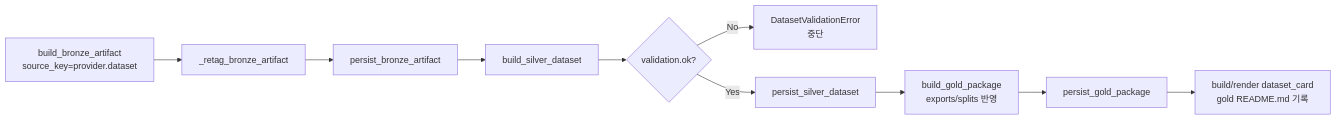
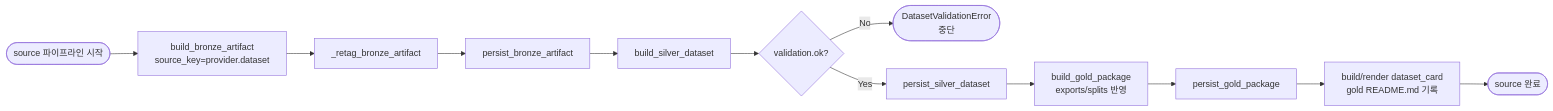
Before and after one commit to yeongseon/kpubdata-builder: the second of 2 diagrams in ALGORITHM.md, drawn with Mermaid. The commit also changed other lines of this file and 2 other files, not shown here.

Commit message:
docs: standardize procedural flowcharts with start/end terminators (#280)
Apply consistent flowchart conventions to the procedural (sequence/branch)
diagrams so they read as proper flowcharts: explicit start/end terminators
(stadium shape) and decision diamonds. Structural diagrams (layer/dependency
maps, file trees, entity relationships) are intentionally left unchanged.

- ALGORITHM.md: mark run_build entry and terminal nodes as terminators;
  add explicit start/end for the per-source pipeline
- CONTRIBUTING.md: contribution flow start/end terminators
- EXPORT_MODEL.md: add start/end terminators to the exporter tutorial flow

Validated with mermaid-cli render and mkdocs build --strict (exit 0).

````diff
--- a/ALGORITHM.md
+++ b/ALGORITHM.md
@@ -102,12 +102,14 @@
 ```mermaid
 flowchart LR
-    B1["build_bronze_artifact<br/>source_key=provider.dataset"] --> B2[_retag_bronze_artifact]
+    Start([source 파이프라인 시작]) --> B1["build_bronze_artifact<br/>source_key=provider.dataset"]
+    B1 --> B2[_retag_bronze_artifact]
     B2 --> B3[persist_bronze_artifact]
     B3 --> S1["build_silver_dataset"]
     S1 --> S2{validation.ok?}
-    S2 -->|No| SX[DatasetValidationError<br/>중단]
+    S2 -->|No| SX([DatasetValidationError<br/>중단])
     S2 -->|Yes| S3[persist_silver_dataset]
     S3 --> G1["build_gold_package<br/>exports/splits 반영"]
     G1 --> G2[persist_gold_package]
     G2 --> G3[build/render dataset_card<br/>gold README.md 기록]
+    G3 --> End([source 완료])
 ```
````
